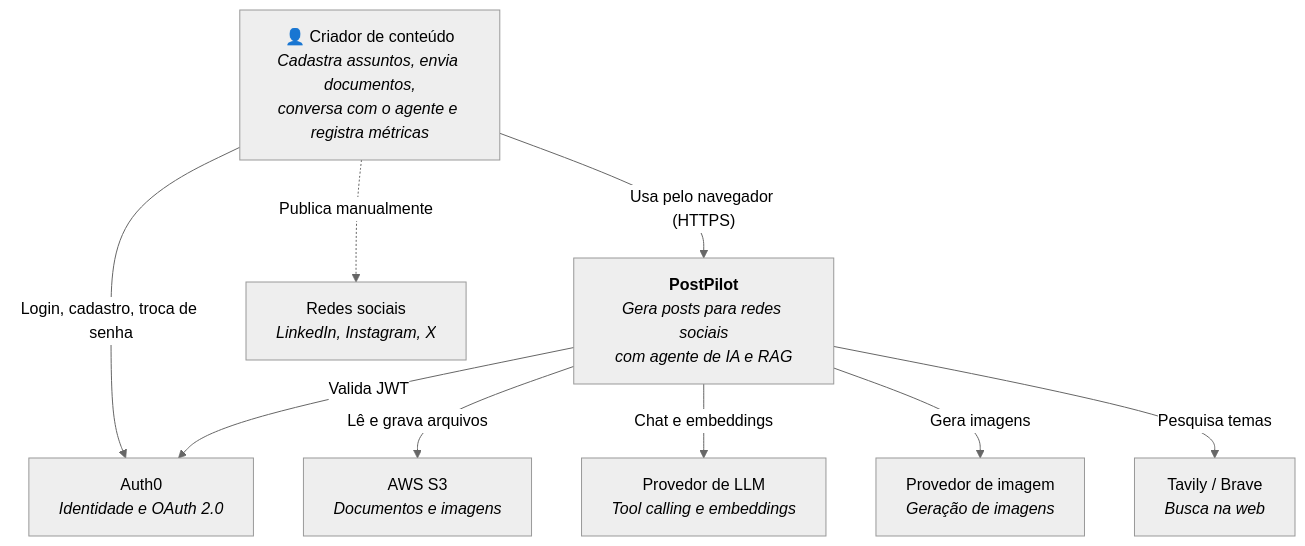
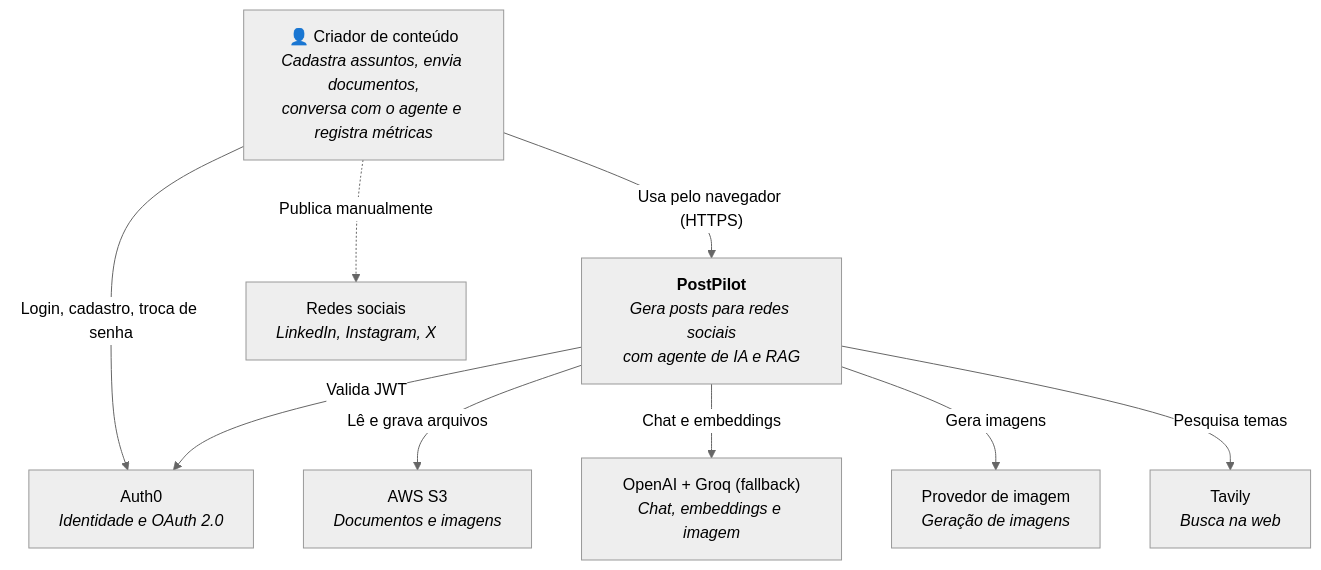
The first of 3 diagrams in _docs/arquitetura.md (JonasRocha189/postpilot-ai), drawn with Mermaid (neutral theme) before and after one commit. The commit also changed other lines of this file and 5 other files, not shown here.

Commit message:
docs: AI stack with LangChain, LangGraph, OpenAI and Groq (decision 34)

````diff
--- a/_docs/arquitetura.md
+++ b/_docs/arquitetura.md
@@ -9,22 +9,22 @@
 ```mermaid
 flowchart TB
     usuario["👤 Criador de conteúdo<br/><i>Cadastra assuntos, envia documentos,<br/>conversa com o agente e registra métricas</i>"]
 
     postpilot["<b>PostPilot</b><br/><i>Gera posts para redes sociais<br/>com agente de IA e RAG</i>"]
 
     auth0["Auth0<br/><i>Identidade e OAuth 2.0</i>"]
     s3["AWS S3<br/><i>Documentos e imagens</i>"]
-    llm["Provedor de LLM<br/><i>Tool calling e embeddings</i>"]
+    llm["OpenAI + Groq (fallback)<br/><i>Chat, embeddings e imagem</i>"]
     img["Provedor de imagem<br/><i>Geração de imagens</i>"]
-    web["Tavily / Brave<br/><i>Busca na web</i>"]
+    web["Tavily<br/><i>Busca na web</i>"]
     redes["Redes sociais<br/><i>LinkedIn, Instagram, X</i>"]
 
     usuario -- "Usa pelo navegador (HTTPS)" --> postpilot
     usuario -- "Login, cadastro, troca de senha" --> auth0
     usuario -. "Publica manualmente" .-> redes
     postpilot -- "Valida JWT" --> auth0
     postpilot -- "Lê e grava arquivos" --> s3
     postpilot -- "Chat e embeddings" --> llm
     postpilot -- "Gera imagens" --> img
     postpilot -- "Pesquisa temas" --> web
 ```
````
